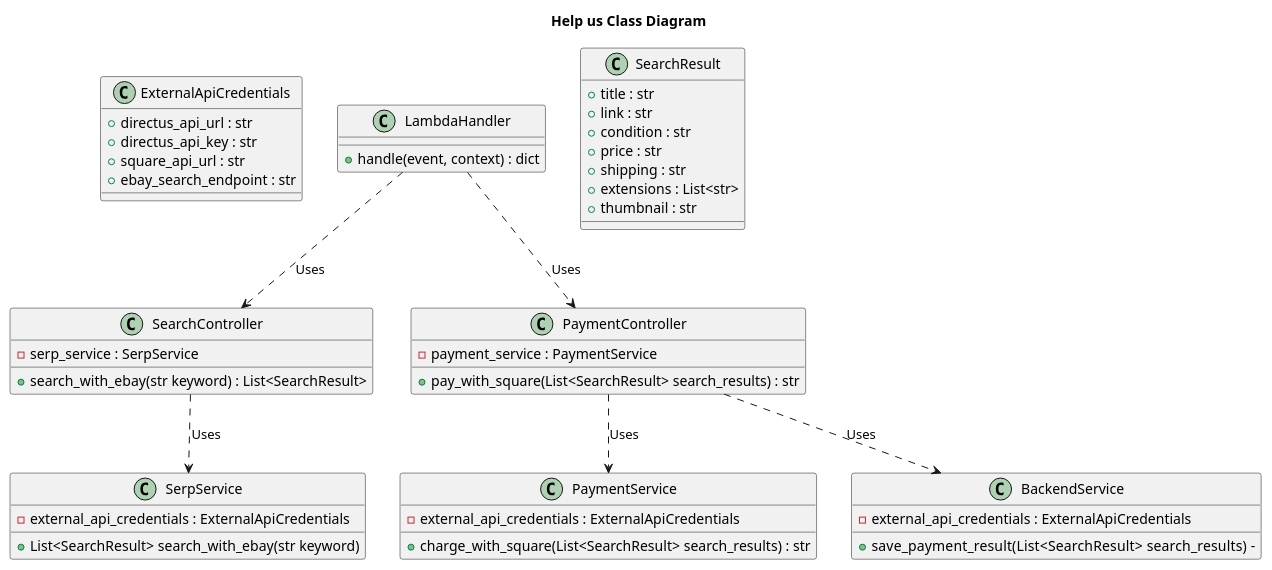
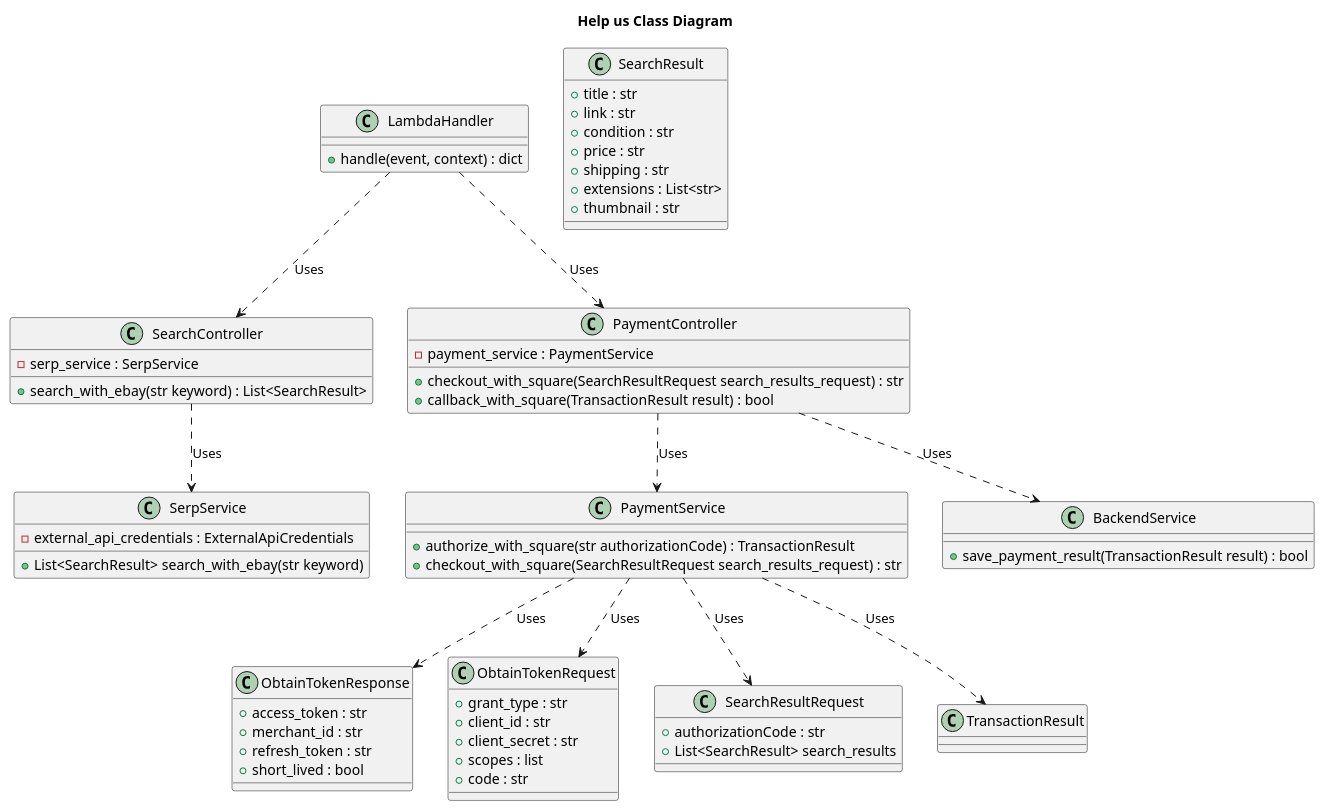
Before and after one commit to help-us-app/help-us-architecture-diagrams: the diagram in diagrams/class_diagram_api.puml, drawn with PlantUML.

Commit message:
feat: added auth to the class diagram

```diff
--- a/diagrams/class_diagram_api.puml
+++ b/diagrams/class_diagram_api.puml
@@ -1,62 +1,85 @@
 @startuml "Help us Class Diagram"
 title "Help us Class Diagram"
 
-class ExternalApiCredentials {
-    + directus_api_url : str
-    + directus_api_key : str
-    + square_api_url : str
-    + ebay_search_endpoint : str
+class ObtainTokenResponse {
+    + access_token : str
+    + merchant_id : str
+    + refresh_token : str
+    + short_lived : bool
 }
+
+class ObtainTokenRequest {
+    + grant_type : str
+    + client_id : str
+    + client_secret : str
+    + scopes : list
+    + code : str
+}
+
+class SearchResultRequest {
+    + authorizationCode : str
+    + List<SearchResult> search_results
+}
+
+class TransactionResult
 
 class SerpService {
     - external_api_credentials : ExternalApiCredentials
     + List<SearchResult> search_with_ebay(str keyword)
 }
 
 class PaymentService {
-    - external_api_credentials : ExternalApiCredentials
-    + charge_with_square(List<SearchResult> search_results) : str
+    + authorize_with_square(str authorizationCode) : TransactionResult
+    + checkout_with_square(SearchResultRequest search_results_request) : str
 }
 
 class BackendService {
-    - external_api_credentials : ExternalApiCredentials
-    + save_payment_result(List<SearchResult> search_results)   -
+    + save_payment_result(TransactionResult result) : bool
 }
 
 class SearchResult {
     + title : str
     + link : str
     + condition : str
     + price : str
     + shipping : str
     + extensions : List<str>
     + thumbnail : str
 
 }
 
 class SearchController {
     - serp_service : SerpService
     + search_with_ebay(str keyword) : List<SearchResult>
 }
 
 class PaymentController {
     - payment_service : PaymentService
-    + pay_with_square(List<SearchResult> search_results) : str
+    + checkout_with_square(SearchResultRequest search_results_request) : str
+    + callback_with_square(TransactionResult result) : bool
 }
 
 class LambdaHandler {
     + handle(event, context) : dict
 }
 
 
 SearchController ..> SerpService : Uses
 
 PaymentController ..> PaymentService : Uses
 
 PaymentController ..> BackendService : Uses
 
+PaymentService ..> ObtainTokenResponse : Uses
+
+PaymentService ..> ObtainTokenRequest : Uses
+
+PaymentService ..> TransactionResult : Uses
+
+PaymentService ..> SearchResultRequest : Uses
+
 LambdaHandler ..> PaymentController : Uses
 
 LambdaHandler ..> SearchController : Uses
 
 @enduml
```
